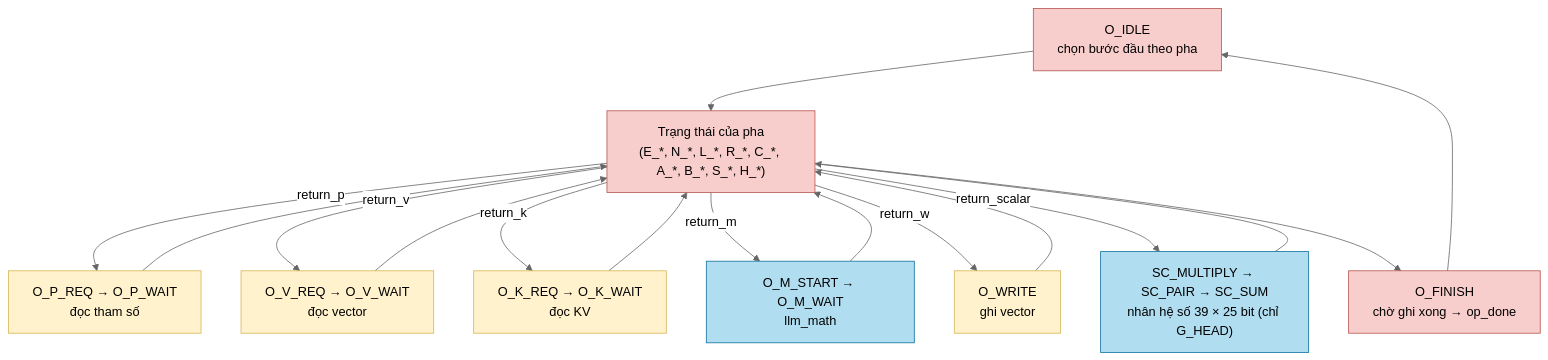
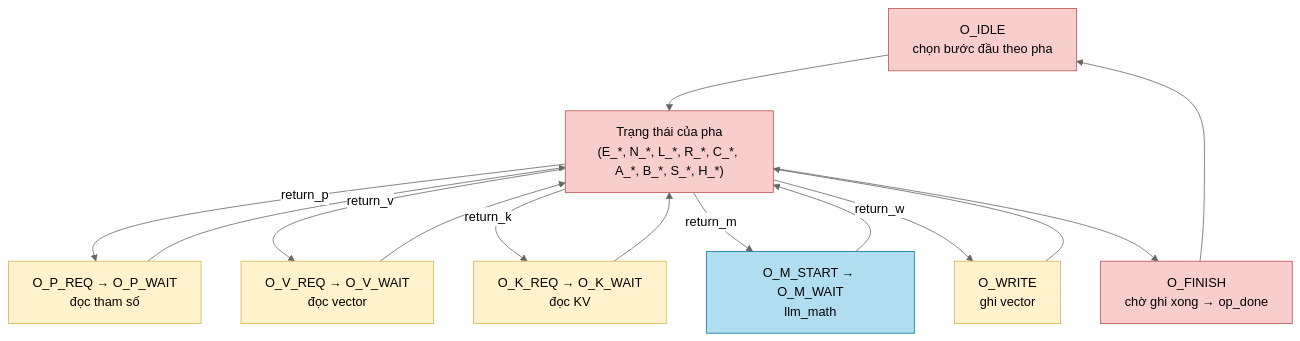
The third of 3 diagrams in Verilog Source code/doc/modules/llm_soc.md (nguyennhutkhanhtom/NPU), drawn with Mermaid (neutral theme) before and after one commit. The commit also changed other lines of this file and 119 other files, not shown here.

````diff
--- a/Verilog Source code/doc/modules/llm_soc.md
+++ b/Verilog Source code/doc/modules/llm_soc.md
@@ -186,21 +186,19 @@
 ```mermaid
 flowchart TB
     classDef ctrl fill:#f8cecc,stroke:#b85450,color:#000
     classDef move fill:#fff2cc,stroke:#d6b656,color:#000
     classDef mac fill:#b1ddf0,stroke:#10739e,color:#000
     IDLE["O_IDLE<br/>chọn bước đầu theo pha"]:::ctrl --> STEP["Trạng thái của pha<br/>(E_*, N_*, L_*, R_*, C_*, A_*, B_*, S_*, H_*)"]:::ctrl
     STEP -->|"return_p"| P["O_P_REQ → O_P_WAIT<br/>đọc tham số"]:::move
     STEP -->|"return_v"| V["O_V_REQ → O_V_WAIT<br/>đọc vector"]:::move
     STEP -->|"return_k"| K["O_K_REQ → O_K_WAIT<br/>đọc KV"]:::move
     STEP -->|"return_m"| M["O_M_START → O_M_WAIT<br/>llm_math"]:::mac
     STEP -->|"return_w"| W["O_WRITE<br/>ghi vector"]:::move
-    STEP -->|"return_scalar"| S["SC_MULTIPLY → SC_PAIR → SC_SUM<br/>nhân hệ số 39 × 25 bit (chỉ G_HEAD)"]:::mac
     P --> STEP
     V --> STEP
     K --> STEP
     M --> STEP
     W --> STEP
-    S --> STEP
     STEP --> FIN["O_FINISH<br/>chờ ghi xong → op_done"]:::ctrl
     FIN --> IDLE
 ```
````
